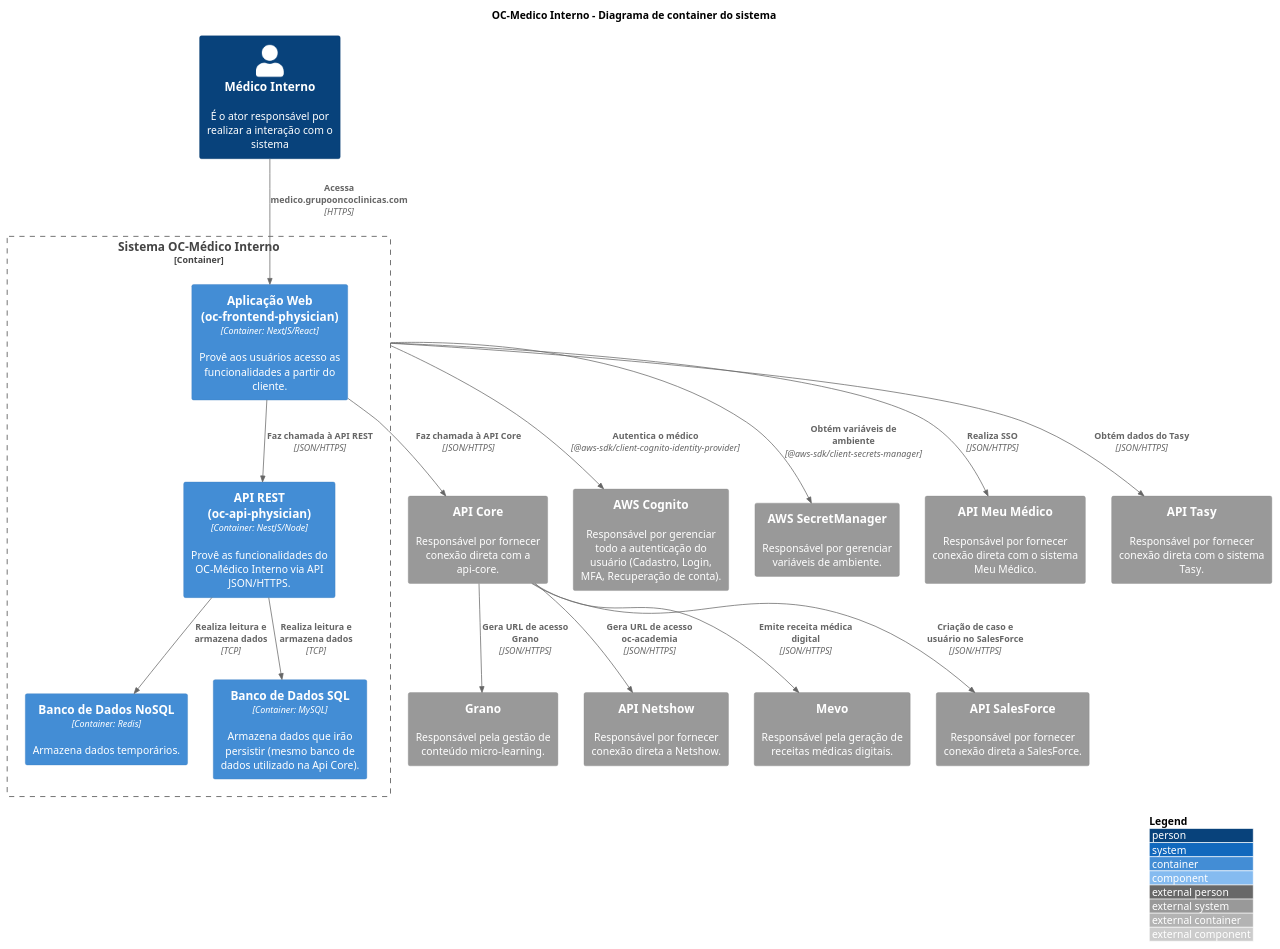
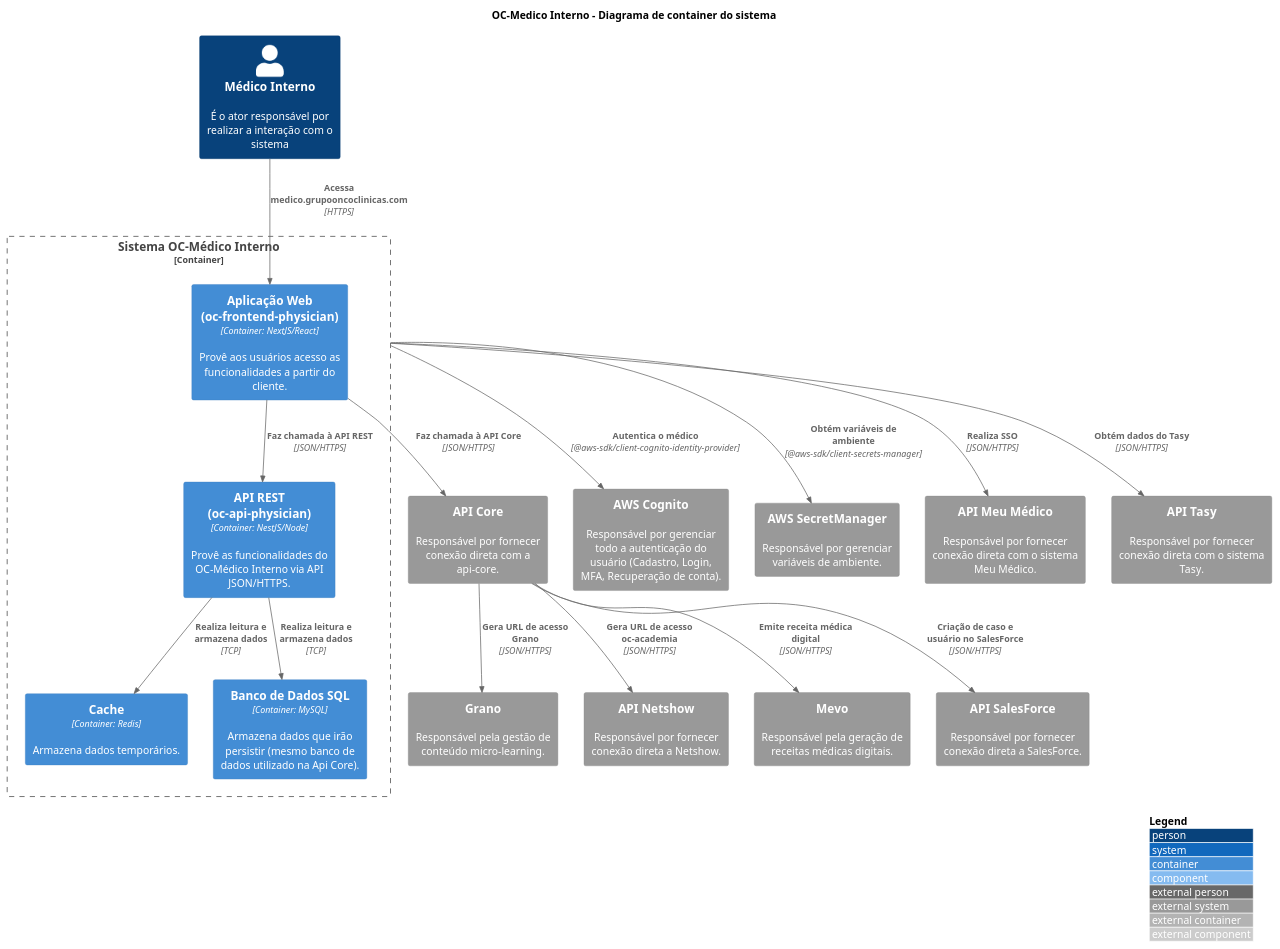
One commit to luizggbasedigital/poc-oc-docs changed the diagram in src/OC-Medico Interno/C1. Visão Geral/C2. Sistema/containers.puml. Above: the diagram before and after it, drawn with PlantUML. The commit also changed 1 other file, not shown here.

Commit message:
docs: change nosql description to cache in redis container

```diff
--- a/src/OC-Medico Interno/C1. Visão Geral/C2. Sistema/containers.puml
+++ b/src/OC-Medico Interno/C1. Visão Geral/C2. Sistema/containers.puml
@@ -1,58 +1,58 @@
 @startuml "Container Diagram"
 
 title "OC-Medico Interno - Diagrama de container do sistema"
 
 !include https://raw.githubusercontent.com/adrianvlupu/C4-PlantUML/latest/C4_Component.puml
 
 LAYOUT_WITH_LEGEND()
 
 skinparam backgroundcolor transparent
 
 /'Actors'/
 Person(ActorInternalPhysician, "Médico Interno", "É o ator responsável por realizar a interação com o sistema")
 
 /'Internal Systems'/
 Container_Boundary(SystemOCInternalPhysician, "Sistema OC-Médico Interno") {
   Container(ContainerWebApp, "Aplicação Web (oc-frontend-physician)", "Container: NextJS/React", "Provê aos usuários acesso as funcionalidades a partir do cliente.")
   Container(ContainerServerApi, "API REST (oc-api-physician)", "Container: NestJS/Node", "Provê as funcionalidades do OC-Médico Interno via API JSON/HTTPS.")
-  Container(ContainerDatabaseRedis, "Banco de Dados NoSQL", "Container: Redis", "Armazena dados temporários.")
+  Container(ContainerDatabaseRedis, "Cache", "Container: Redis", "Armazena dados temporários.")
   Container(ContainerDatabaseSQL, "Banco de Dados SQL", "Container: MySQL", "Armazena dados que irão persistir (mesmo banco de dados utilizado na Api Core).")
 
   Rel(ActorInternalPhysician, ContainerWebApp, "Acessa medico.grupooncoclinicas.com", "HTTPS")
   Rel(ContainerServerApi, ContainerDatabaseRedis, "Realiza leitura e armazena dados", "TCP")
   Rel(ContainerServerApi, ContainerDatabaseSQL, "Realiza leitura e armazena dados", "TCP")
 
   Rel(ContainerWebApp, ContainerServerApi, "Faz chamada à API REST", "JSON/HTTPS")
 
 }
 
 /'External Systems'/
 System_Ext(SystemMyPhysicianApi, "API Meu Médico", "Responsável por fornecer conexão direta com o sistema Meu Médico.")
 System_Ext(SystemTasyApi, "API Tasy", "Responsável por fornecer conexão direta com o sistema Tasy.")
 
 /'API-Core Systems'/
 System_Ext(SystemApiCore, "API Core", "Responsável por fornecer conexão direta com a api-core.")
 System_Ext(SystemMevo, "Mevo", "Responsável pela geração de receitas médicas digitais.")
 System_Ext(SystemSalesForce, "API SalesForce", "Responsável por fornecer conexão direta a SalesForce.")
 System_Ext(SystemGrano, "Grano", "Responsável pela gestão de conteúdo micro-learning.")
 System_Ext(SystemNetshow, "API Netshow", "Responsável por fornecer conexão direta a Netshow.")
 
 /'AWS Systems'/
 System_Ext(SystemAWSCognito, "AWS Cognito", "Responsável por gerenciar todo a autenticação do usuário (Cadastro, Login, MFA, Recuperação de conta).")
 System_Ext(SystemAWSSecretManager, "AWS SecretManager", "Responsável por gerenciar variáveis de ambiente.")
 
 /'Relations'/
 Rel(SystemOCInternalPhysician, SystemAWSCognito, "Autentica o médico", "@aws-sdk/client-cognito-identity-provider")
 Rel(SystemOCInternalPhysician, SystemAWSSecretManager, "Obtém variáveis de ambiente", "@aws-sdk/client-secrets-manager")
 Rel(SystemOCInternalPhysician, SystemMyPhysicianApi, "Realiza SSO", "JSON/HTTPS")
 Rel(SystemOCInternalPhysician, SystemTasyApi, "Obtém dados do Tasy", "JSON/HTTPS")
 
 /'API-Core Integrations'/
 Rel(ContainerWebApp, SystemApiCore, "Faz chamada à API Core", "JSON/HTTPS")
 Rel(SystemApiCore, SystemMevo, "Emite receita médica digital", "JSON/HTTPS")
 Rel(SystemApiCore, SystemSalesForce, "Criação de caso e usuário no SalesForce", "JSON/HTTPS")
 Rel(SystemApiCore, SystemGrano, "Gera URL de acesso Grano", "JSON/HTTPS")
 Rel(SystemApiCore, SystemNetshow, "Gera URL de acesso oc-academia", "JSON/HTTPS")
 
 
 @enduml
```
